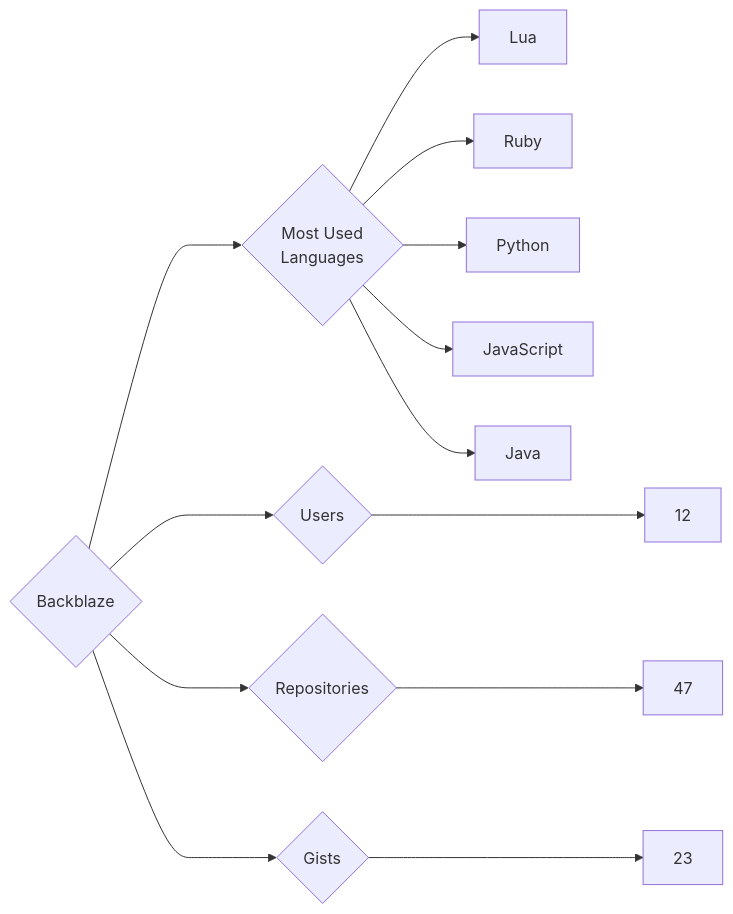
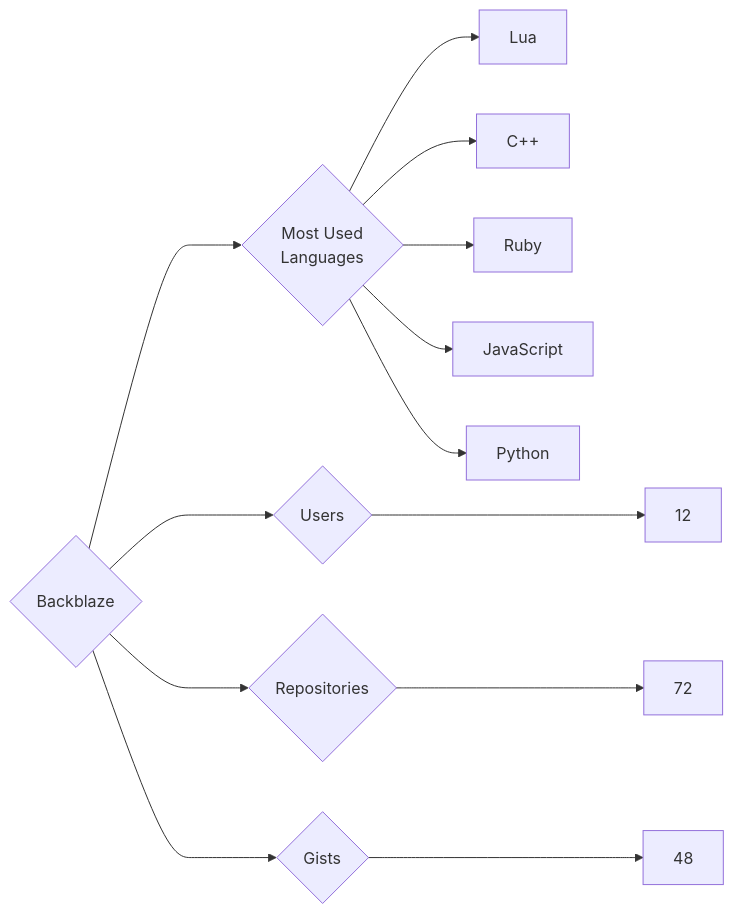
One commit to trickest/insiders changed the diagram in targets/Backblaze/README.md. Above: the diagram before and after it, drawn with Mermaid. The commit also changed 1166 other files, not shown here.

````diff
--- a/targets/Backblaze/README.md
+++ b/targets/Backblaze/README.md
@@ -3,13 +3,13 @@
 ```mermaid
 graph LR
 COMPANY_NAME{Backblaze}
 COMPANY_NAME ---> U{Users} ---> UN[12]
-COMPANY_NAME ---> R{Repositories} ---> RN[47]
-COMPANY_NAME ---> G{Gists} ---> GN[23]
+COMPANY_NAME ---> R{Repositories} ---> RN[72]
+COMPANY_NAME ---> G{Gists} ---> GN[48]
 COMPANY_NAME ---> ML{Most Used<br>Languages}
 ML --> Lua[Lua]
+ML --> C++[C++]
 ML --> Ruby[Ruby]
+ML --> JavaScript[JavaScript]
 ML --> Python[Python]
-ML --> JavaScript[JavaScript]
-ML --> Java[Java]
 ```
````
